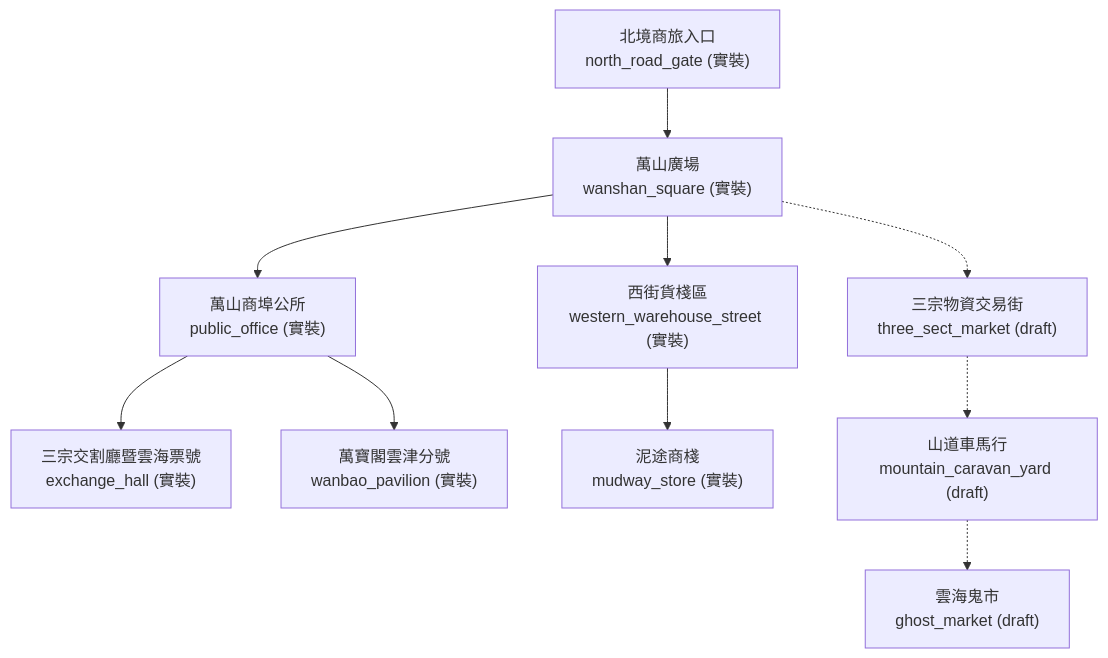
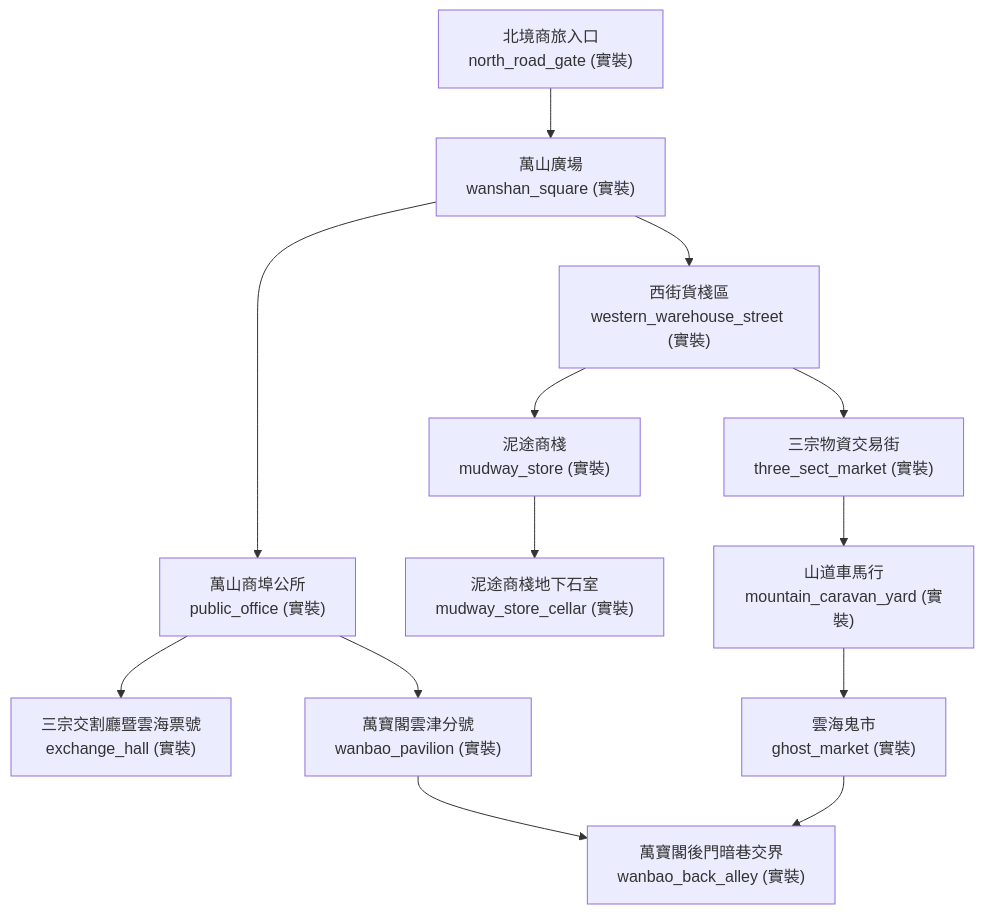
The diagram in forgotten-space/narrative/docs/maps/tier2/yunjin_map.md (wade-fs/mudscript), drawn with Mermaid before and after one commit. The commit also changed other lines of this file and 41 other files, not shown here.

````diff
--- a/forgotten-space/narrative/docs/maps/tier2/yunjin_map.md
+++ b/forgotten-space/narrative/docs/maps/tier2/yunjin_map.md
@@ -24,22 +26,27 @@
 ```mermaid
 flowchart TD
   north_road_gate["北境商旅入口<br/>north_road_gate (實裝)"]
   wanshan_square["萬山廣場<br/>wanshan_square (實裝)"]
   public_office["萬山商埠公所<br/>public_office (實裝)"]
   exchange_hall["三宗交割廳暨雲海票號<br/>exchange_hall (實裝)"]
   wanbao_pavilion["萬寶閣雲津分號<br/>wanbao_pavilion (實裝)"]
   western_warehouse_street["西街貨棧區<br/>western_warehouse_street (實裝)"]
   mudway_store["泥途商棧<br/>mudway_store (實裝)"]
-  three_sect_market["三宗物資交易街<br/>three_sect_market (draft)"]
-  mountain_caravan_yard["山道車馬行<br/>mountain_caravan_yard (draft)"]
-  ghost_market["雲海鬼市<br/>ghost_market (draft)"]
+  mudway_store_cellar["泥途商棧地下石室<br/>mudway_store_cellar (實裝)"]
+  three_sect_market["三宗物資交易街<br/>three_sect_market (實裝)"]
+  mountain_caravan_yard["山道車馬行<br/>mountain_caravan_yard (實裝)"]
+  ghost_market["雲海鬼市<br/>ghost_market (實裝)"]
+  wanbao_back_alley["萬寶閣後門暗巷交界<br/>wanbao_back_alley (實裝)"]
   north_road_gate --> wanshan_square
   wanshan_square --> public_office
   public_office --> exchange_hall
   public_office --> wanbao_pavilion
+  wanbao_pavilion --> wanbao_back_alley
   wanshan_square --> western_warehouse_street
   western_warehouse_street --> mudway_store
-  wanshan_square -.-> three_sect_market
-  three_sect_market -.-> mountain_caravan_yard
-  mountain_caravan_yard -.-> ghost_market
+  mudway_store --> mudway_store_cellar
+  western_warehouse_street --> three_sect_market
+  three_sect_market --> mountain_caravan_yard
+  mountain_caravan_yard --> ghost_market
+  ghost_market --> wanbao_back_alley
 ```
````
